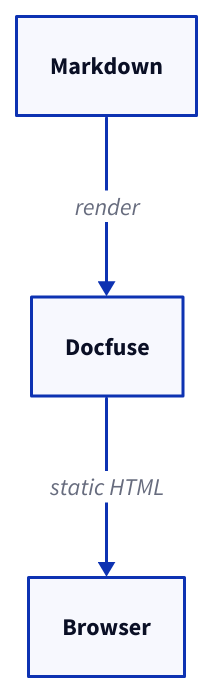
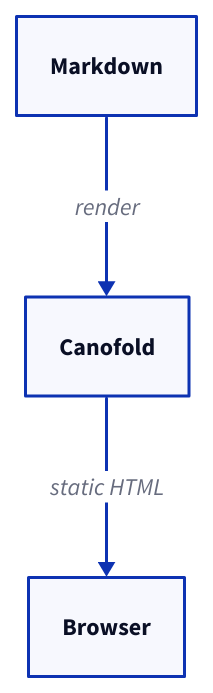
Before and after one commit to canofold/canofold: the fourth of 4 diagrams in site/docs/en/markdown/playground.md, drawn with D2. The commit also changed other lines of this file and 478 other files, not shown here.

````diff
--- a/site/docs/en/markdown/playground.md
+++ b/site/docs/en/markdown/playground.md
@@ -408,4 +408,4 @@
 ```d2
-Markdown -> Docfuse: render
-Docfuse -> Browser: static HTML
+Markdown -> Canofold: render
+Canofold -> Browser: static HTML
 ```
````
